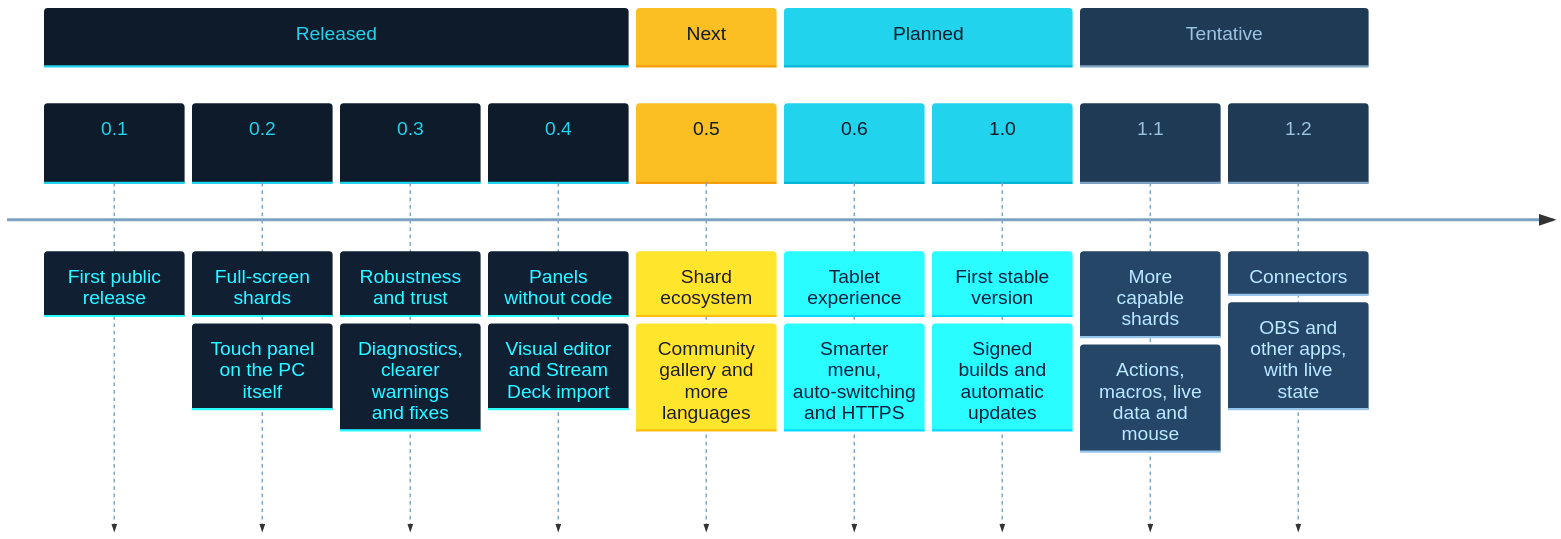
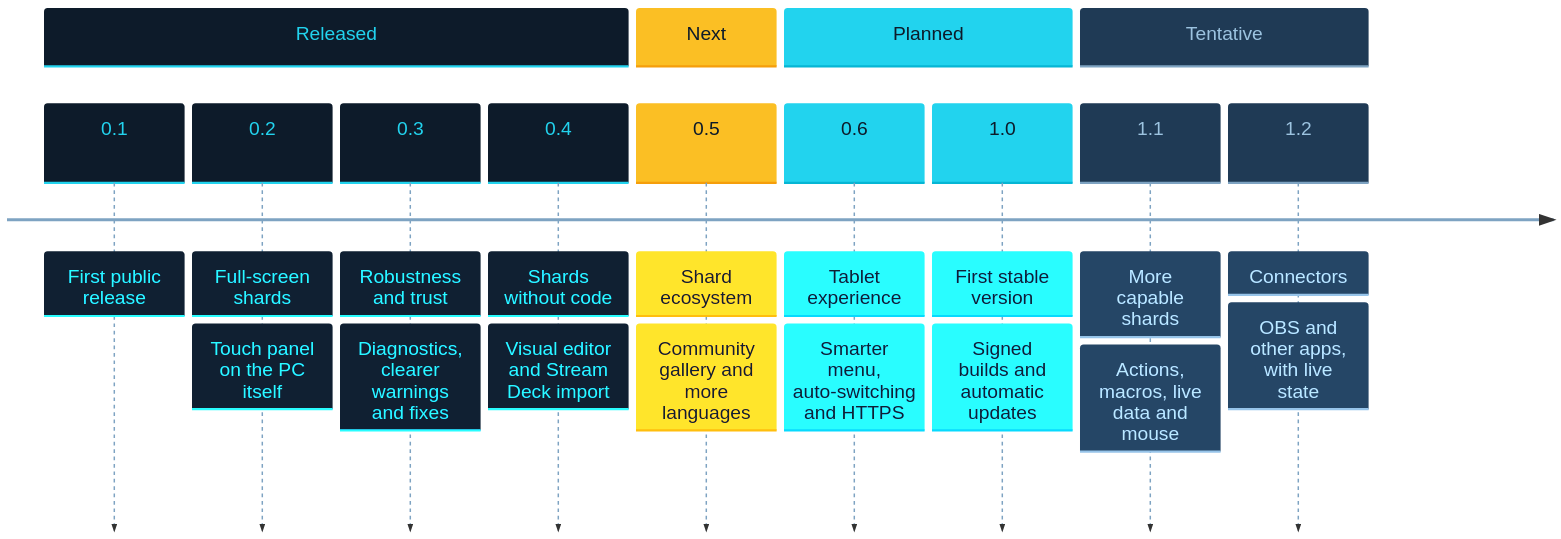
The diagram in README.md (libreshard/libreshard), drawn with Mermaid before and after one commit. The commit also changed other lines of this file and 7 other files, not shown here.

````diff
--- a/README.md
+++ b/README.md
@@ -201,17 +200,17 @@
 ```mermaid
 %%{init: {"theme": "base", "themeVariables": {"fontSize": "26px", "cScale0": "#0d1b2a", "cScaleLabel0": "#22d3ee", "cScaleInv0": "#22d3ee", "cScale1": "#fbbf24", "cScaleLabel1": "#0d1b2a", "cScaleInv1": "#f59e0b", "cScale2": "#22d3ee", "cScaleLabel2": "#0d1b2a", "cScaleInv2": "#06b6d4", "cScale3": "#1f3a55", "cScaleLabel3": "#9cc3e0", "cScaleInv3": "#7ea3c2", "cScaleLabel11": "#7ea3c2"}, "themeCSS": ".eventWrapper { filter: none; }"}}%%
 timeline
     section Released
         0.1 : First public release
         0.2 : Full-screen shards : Touch panel on the PC itself
         0.3 : Robustness and trust : Diagnostics, clearer warnings and fixes
-        0.4 : Panels without code : Visual editor and Stream Deck import
+        0.4 : Shards without code : Visual editor and Stream Deck import
     section Next
         0.5 : Shard ecosystem : Community gallery and more languages
     section Planned
         0.6 : Tablet experience : Smarter menu, auto-switching and HTTPS
         1.0 : First stable version : Signed builds and automatic updates
     section Tentative
         1.1 : More capable shards : Actions, macros, live data and mouse
         1.2 : Connectors : OBS and other apps, with live state
 ```
````
